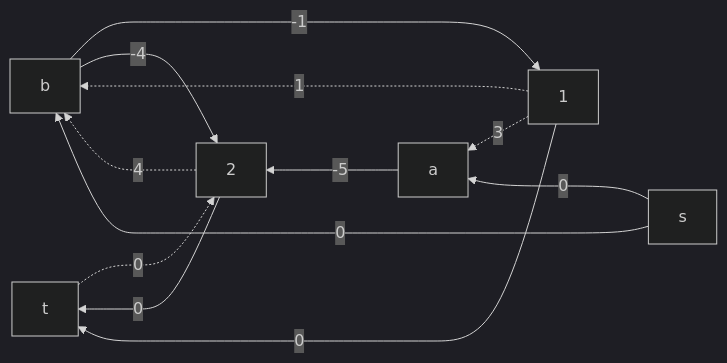
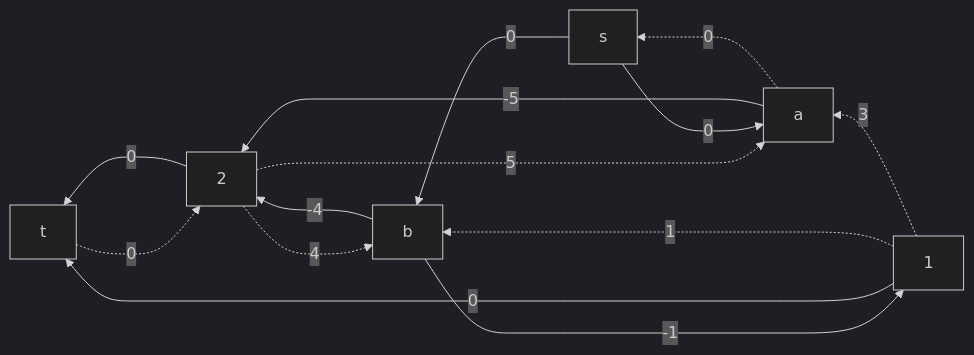
One commit to hse-algo-24-crow/manual-tasks-crow changed diagram 17 of 18 in task-11-plus/winx.md. Above: the diagram before and after it, drawn with Mermaid (dark theme). The commit also changed other lines of this file, not shown here.

````diff
--- a/task-11-plus/winx.md
+++ b/task-11-plus/winx.md
@@ -135,14 +345,16 @@
 ```mermaid
 graph RL
     s--->|0|a
+    a-.->|0|s
     s--->|0|b
     1-.->|3|a
     b--->|-4|2
     2-.->|4|b
     a--->|-5|2
+    2-.->|5|a
+    1-.->|1|b
     b--->|-1|1
-    1-.->|1|b
     1--->|0|t
     2--->|0|t
     t-.->|0|2
 ```
````
